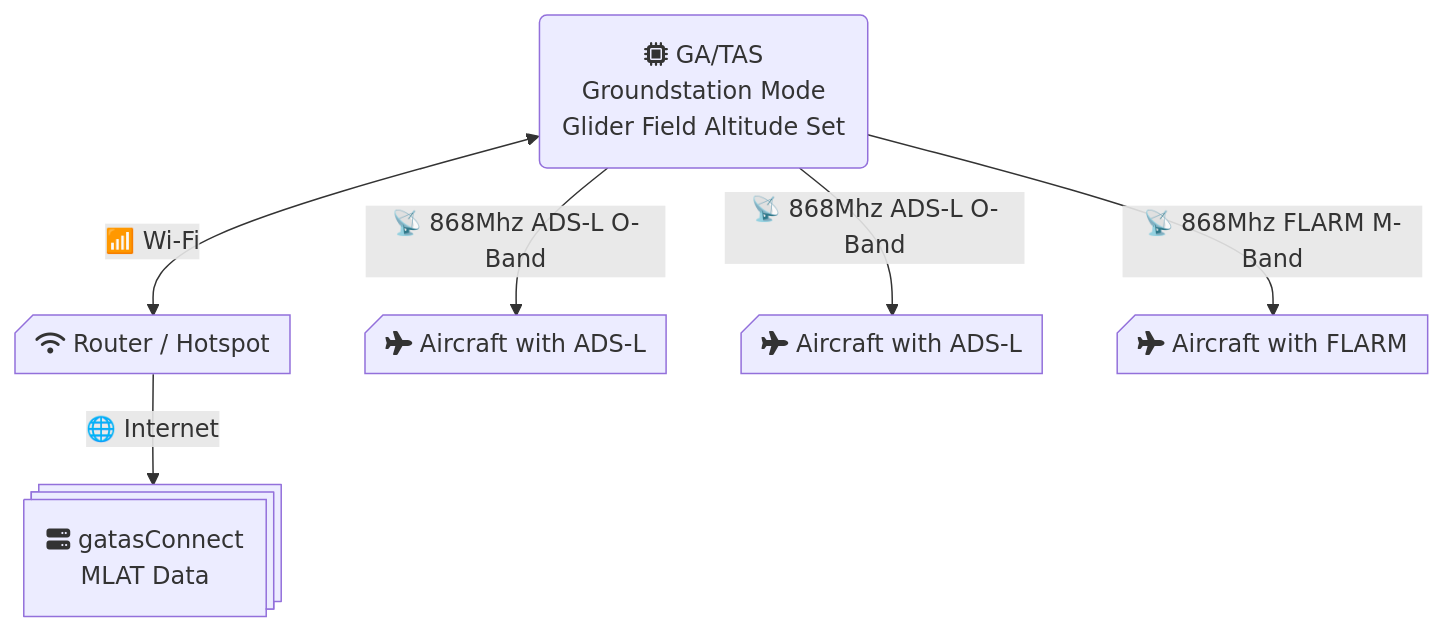
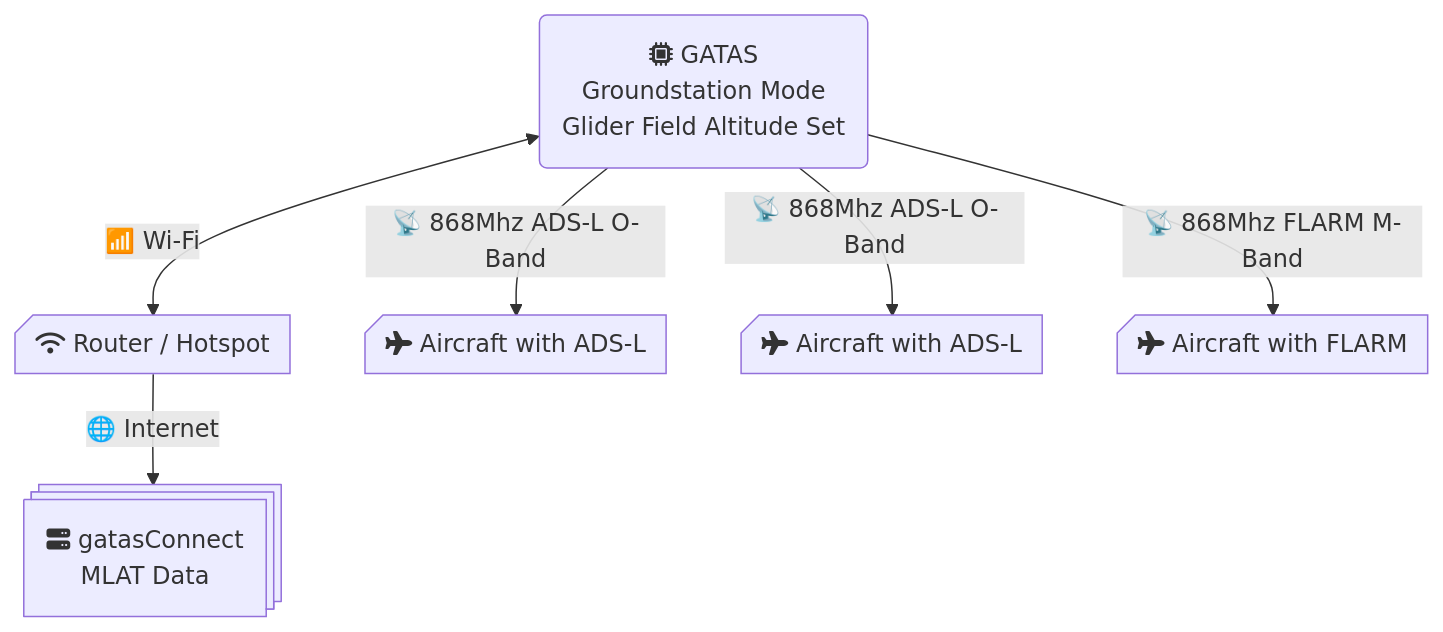
One commit to gatasConspicuity/gatasDoc changed the fifth of 5 diagrams in docs/First-Time-Setup.md. Above: the diagram before and after it, drawn with Mermaid. The commit also changed other lines of this file and 98 other files, not shown here.

````diff
--- a/docs/First-Time-Setup.md
+++ b/docs/First-Time-Setup.md
@@ -158,25 +158,25 @@
 ```mermaid
 flowchart TB
     ROUTER -->|🌐 Internet| GatasConnect
     GATAS <-->|📶 Wi-Fi| ROUTER
 
     GATAS -->|📡 868Mhz ADS-L O-Band| Aircraft1
     GATAS -->|📡 868Mhz ADS-L O-Band| Aircraft2
     GATAS -->|📡 868Mhz FLARM M-Band| Aircraft3
 
     GatasConnect[fa:fa-server gatasConnect<br />MLAT Data]
     GatasConnect@{ shape: procs }
 
     ROUTER[fa:fa-wifi Router / Hotspot]
     ROUTER@{ shape: card }
 
-    GATAS[fa:fa-microchip GA/TAS<br />Groundstation Mode<br />Glider Field Altitude Set]
+    GATAS[fa:fa-microchip GATAS<br />Groundstation Mode<br />Glider Field Altitude Set]
     GATAS@{ shape: rounded}
 
     Aircraft1[fa:fa-plane Aircraft with ADS-L]
     Aircraft1@{ shape: card }
     Aircraft2[fa:fa-plane Aircraft with ADS-L]
     Aircraft2@{ shape: card }
     Aircraft3[fa:fa-plane Aircraft with FLARM]
     Aircraft3@{ shape: card }
 ```
````
